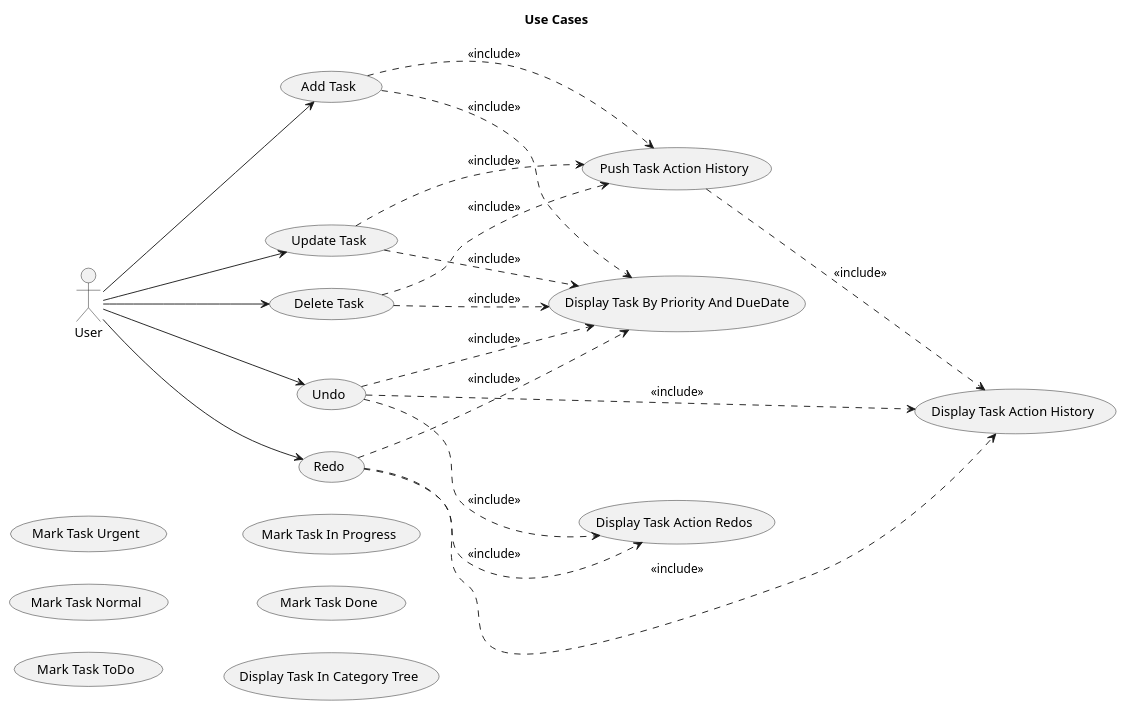
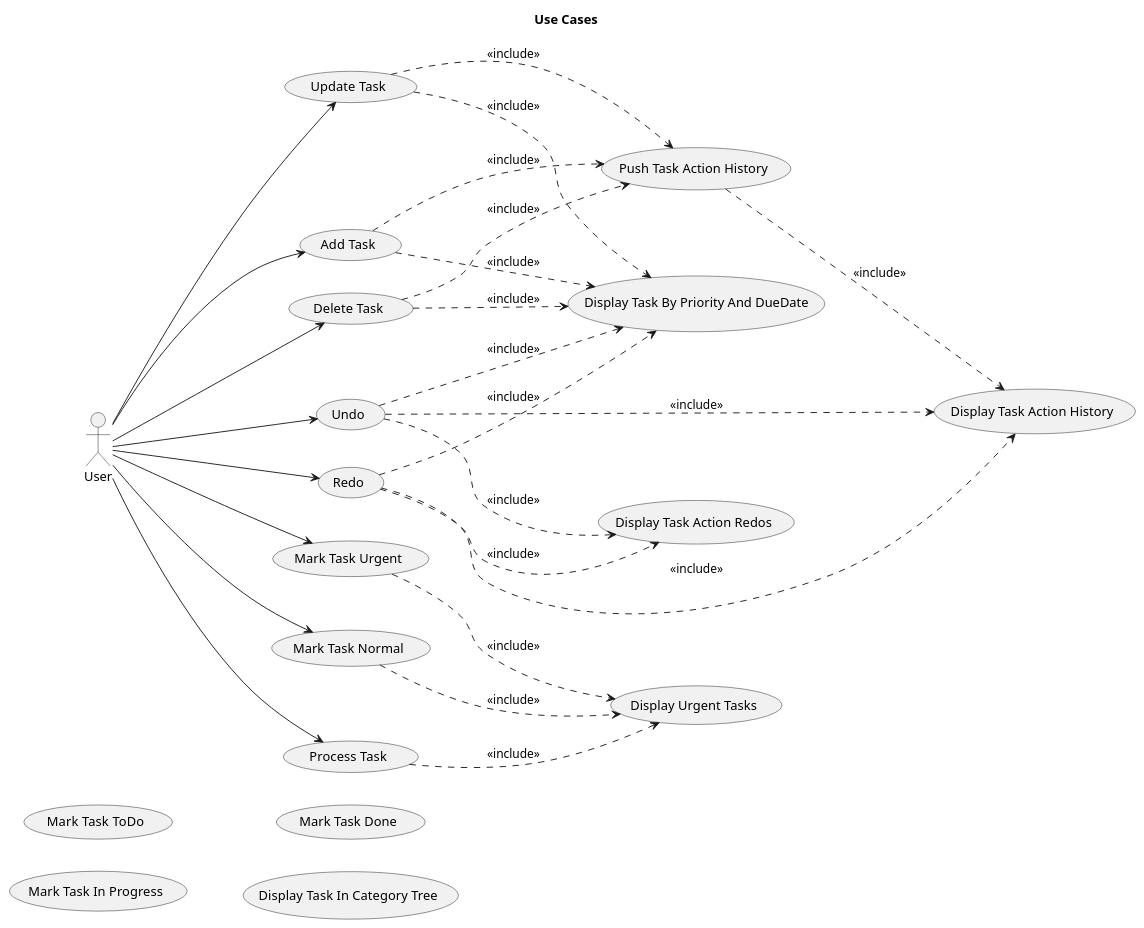
Before and after one commit to franpaulinoinfante/TaskManagement: the diagram in Docs/UseCases/UseCases.plantuml, drawn with PlantUML. The commit also changed 24 other files, not shown here.

```diff
--- a/Docs/UseCases/UseCases.plantuml
+++ b/Docs/UseCases/UseCases.plantuml
@@ -1,47 +1,56 @@
 @startuml UseCases
     left to right direction
     title Use Cases
 
 actor User
 
 usecase "Add Task" as UC101
 usecase "Update Task" as UC102
 usecase "Delete Task" as UC103
 usecase "Display Task By Priority And DueDate" as UC104
 
 usecase "Push Task Action History" as UC201
 usecase "Undo" as UC202
 usecase "Redo" as UC203
 usecase "Display Task Action History" as UC204
 usecase "Display Task Action Redos" as UC205
 
 usecase "Mark Task Urgent" as UC301
 usecase "Mark Task Normal" as UC302
+usecase "Display Urgent Tasks" as UC303
+usecase "Process Task" as UC304
 
 usecase "Mark Task ToDo" as UC402
 usecase "Mark Task In Progress" as UC403
 usecase "Mark Task Done" as UC404
 
 usecase "Display Task In Category Tree" as UC501
 
 User --> UC101
     UC101 ..> UC104 : <<include>>
     UC101 ..> UC201 : <<include>>
 User --> UC102
     UC102 ..> UC104 : <<include>>
     UC102 ..> UC201 : <<include>>
 User --> UC103
     UC103 ..> UC104 : <<include>>
     UC103 ..> UC201 : <<include>>
     
     UC201 ..> UC204 : <<include>>
 
 User --> UC202
     UC202 ..> UC104 : <<include>>
     UC202 ..> UC204 : <<include>>
     UC202 ..> UC205 : <<include>>
 User --> UC203
     UC203 ..> UC104 : <<include>>
     UC203 ..> UC204 : <<include>>
     UC203 ..> UC205 : <<include>>
+
+User --> UC301
+    UC301 ..> UC303 : <<include>>
+User --> UC302
+    UC302 ..> UC303 : <<include>>
+User --> UC304
+    UC304 ..> UC303 : <<include>>
 @enduml
```
